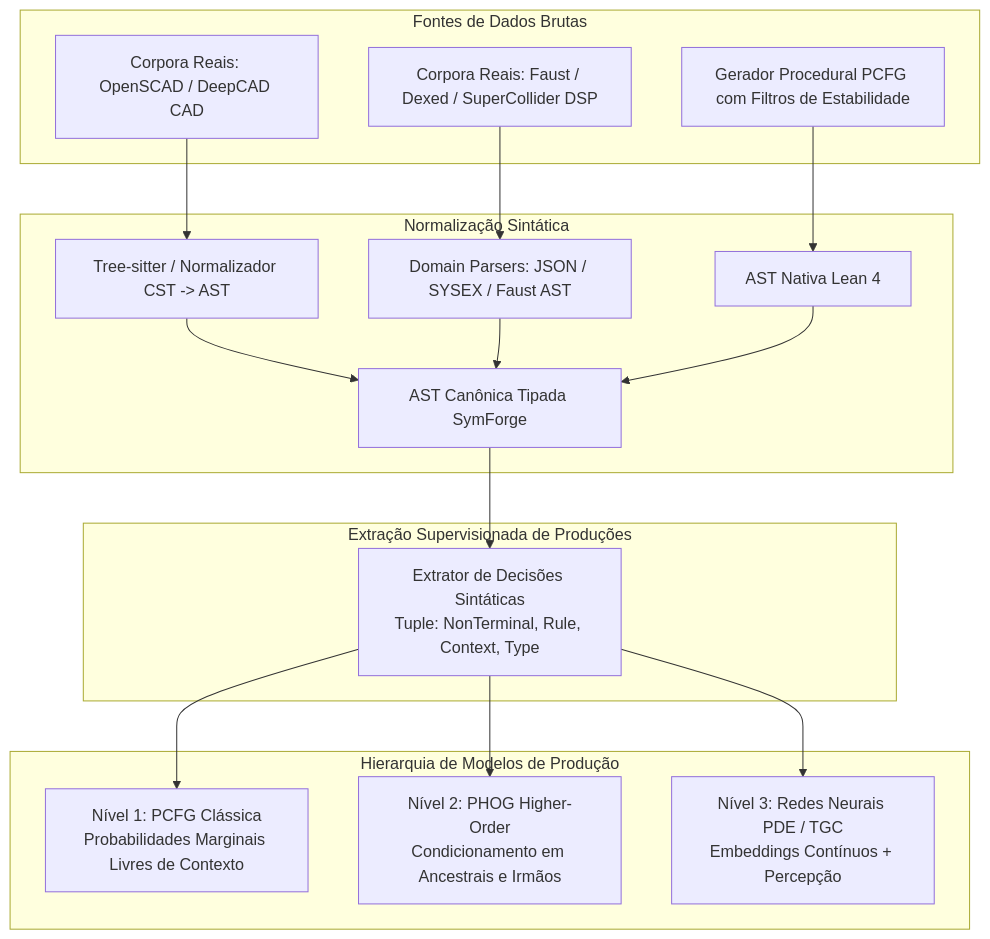
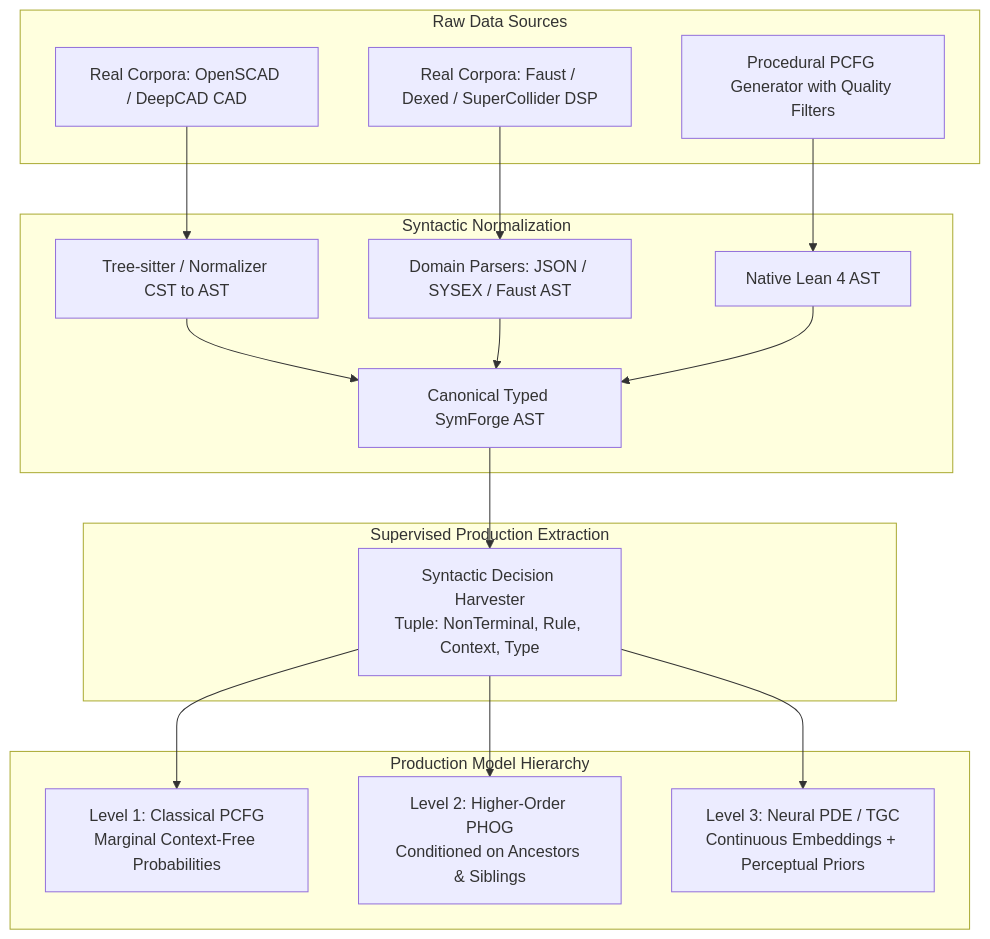
One commit to racoci/symforge changed the first of 4 diagrams in docs/architecture/grammar_learning_pcfg_phog_and_ast_extraction.md. Above: the diagram before and after it, drawn with Mermaid. The commit also changed other lines of this file and 12 other files, not shown here.

Commit message:
docs: translate README and complete architecture documentation to English

````diff
--- a/docs/architecture/grammar_learning_pcfg_phog_and_ast_extraction.md
+++ b/docs/architecture/grammar_learning_pcfg_phog_and_ast_extraction.md
@@ -48,27 +48,27 @@
 ```mermaid
 graph TD
-    subgraph RawCorpora [Fontes de Dados Brutas]
-        R1[Corpora Reais: OpenSCAD / DeepCAD CAD]
-        R2[Corpora Reais: Faust / Dexed / SuperCollider DSP]
-        R3[Gerador Procedural PCFG com Filtros de Estabilidade]
+    subgraph RawCorpora [Raw Data Sources]
+        R1[Real Corpora: OpenSCAD / DeepCAD CAD]
+        R2[Real Corpora: Faust / Dexed / SuperCollider DSP]
+        R3[Procedural PCFG Generator with Quality Filters]
     end
 
-    subgraph ParserNormalization [Normalização Sintática]
-        R1 --> TS1[Tree-sitter / Normalizador CST -> AST]
+    subgraph ParserNormalization [Syntactic Normalization]
+        R1 --> TS1[Tree-sitter / Normalizer CST to AST]
         R2 --> TS2[Domain Parsers: JSON / SYSEX / Faust AST]
-        R3 --> TS3[AST Nativa Lean 4]
-        TS1 --> AST[AST Canônica Tipada SymForge]
+        R3 --> TS3[Native Lean 4 AST]
+        TS1 --> AST[Canonical Typed SymForge AST]
         TS2 --> AST
         TS3 --> AST
     end
 
-    subgraph TupleExtraction [Extração Supervisionada de Produções]
-        AST --> EXT[Extrator de Decisões Sintáticas<br/>Tuple: NonTerminal, Rule, Context, Type]
+    subgraph TupleExtraction [Supervised Production Extraction]
+        AST --> EXT[Syntactic Decision Harvester<br/>Tuple: NonTerminal, Rule, Context, Type]
     end
 
-    subgraph ProbabilisticHierarchy [Hierarquia de Modelos de Produção]
-        EXT --> M_PCFG[Nível 1: PCFG Clássica<br/>Probabilidades Marginais Livres de Contexto]
-        EXT --> M_PHOG[Nível 2: PHOG Higher-Order<br/>Condicionamento em Ancestrais e Irmãos]
-        EXT --> M_NEURAL[Nível 3: Redes Neurais PDE / TGC<br/>Embeddings Contínuos + Percepção]
+    subgraph ProbabilisticHierarchy [Production Model Hierarchy]
+        EXT --> M_PCFG[Level 1: Classical PCFG<br/>Marginal Context-Free Probabilities]
+        EXT --> M_PHOG[Level 2: Higher-Order PHOG<br/>Conditioned on Ancestors & Siblings]
+        EXT --> M_NEURAL[Level 3: Neural PDE / TGC<br/>Continuous Embeddings + Perceptual Priors]
     end
 ```
````
